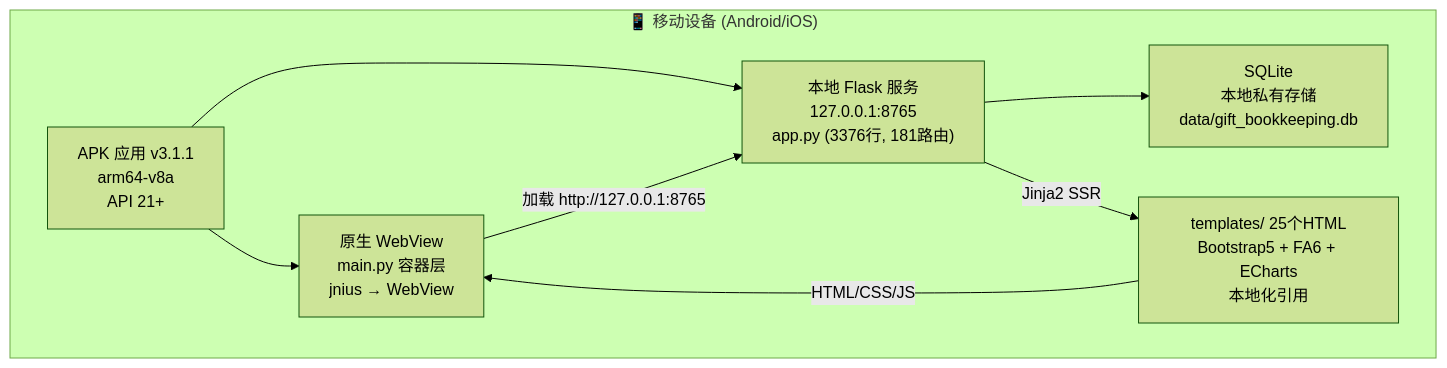
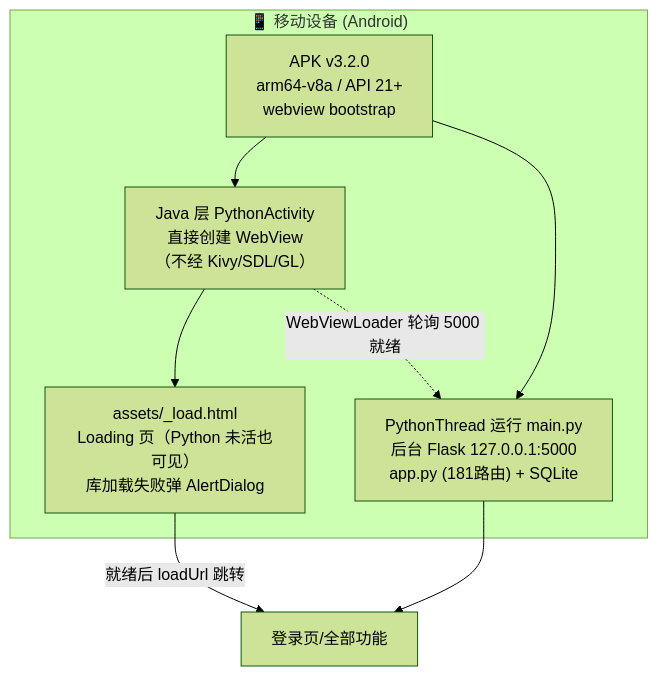
The first of 2 diagrams in PSD_Design_Document.md (18227370901/gift_bookkeeping_apk), drawn with Mermaid (forest theme) before and after one commit. The commit also changed other lines of this file and 6 other files, not shown here.

First line of the commit message:
refactor(V3.2.0): 架构级重构切换 webview bootstrap，彻底移除 Kivy/SDL/GL 渲染链

````diff
--- a/PSD_Design_Document.md
+++ b/PSD_Design_Document.md
@@ -51,11 +51,11 @@
 ```mermaid
 graph TB
-    subgraph device["📱 移动设备 (Android/iOS)"]
-        APK["APK 应用 v3.1.1<br/>arm64-v8a<br/>API 21+"] --> WV["原生 WebView<br/>main.py 容器层<br/>jnius → WebView"]
-        APK --> FLASK_LOCAL["本地 Flask 服务<br/>127.0.0.1:8765<br/>app.py (3376行, 181路由)"]
-        FLASK_LOCAL --> DB_LOCAL["SQLite<br/>本地私有存储<br/>data/gift_bookkeeping.db"]
-        FLASK_LOCAL -->|"Jinja2 SSR"| TPL_LOCAL["templates/ 25个HTML<br/>Bootstrap5 + FA6 + ECharts<br/>本地化引用"]
+    subgraph device["📱 移动设备 (Android)"]
+        APK["APK v3.2.0<br/>arm64-v8a / API 21+<br/>webview bootstrap"] --> JV["Java 层 PythonActivity<br/>直接创建 WebView<br/>（不经 Kivy/SDL/GL）"]
+        JV --> LD["assets/_load.html<br/>Loading 页（Python 未活也可见）<br/>库加载失败弹 AlertDialog"]
+        APK --> PT["PythonThread 运行 main.py<br/>后台 Flask 127.0.0.1:5000<br/>app.py (181路由) + SQLite"]
+        JV -."WebViewLoader 轮询 5000 就绪".-> PT
     end
-    WV -->|"加载 http://127.0.0.1:8765"| FLASK_LOCAL
-    TPL_LOCAL -->|"HTML/CSS/JS"| WV
+    LD -- "就绪后 loadUrl 跳转" --> FLASKP["登录页/全部功能"]
+    PT --> FLASKP
 ```
````
